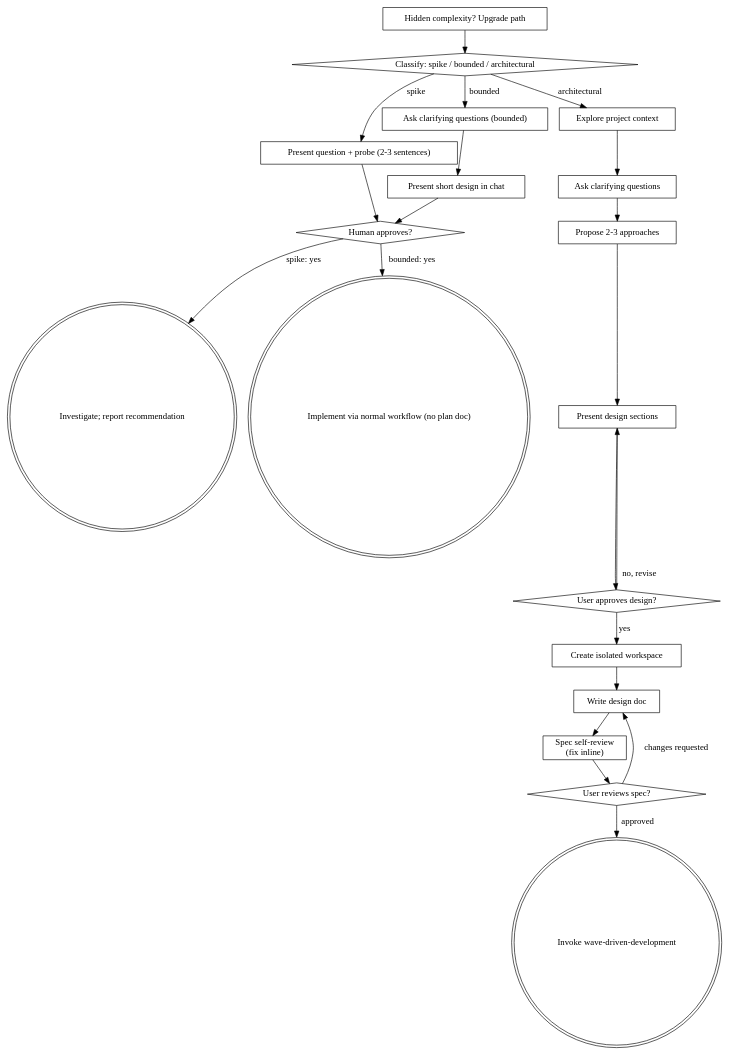
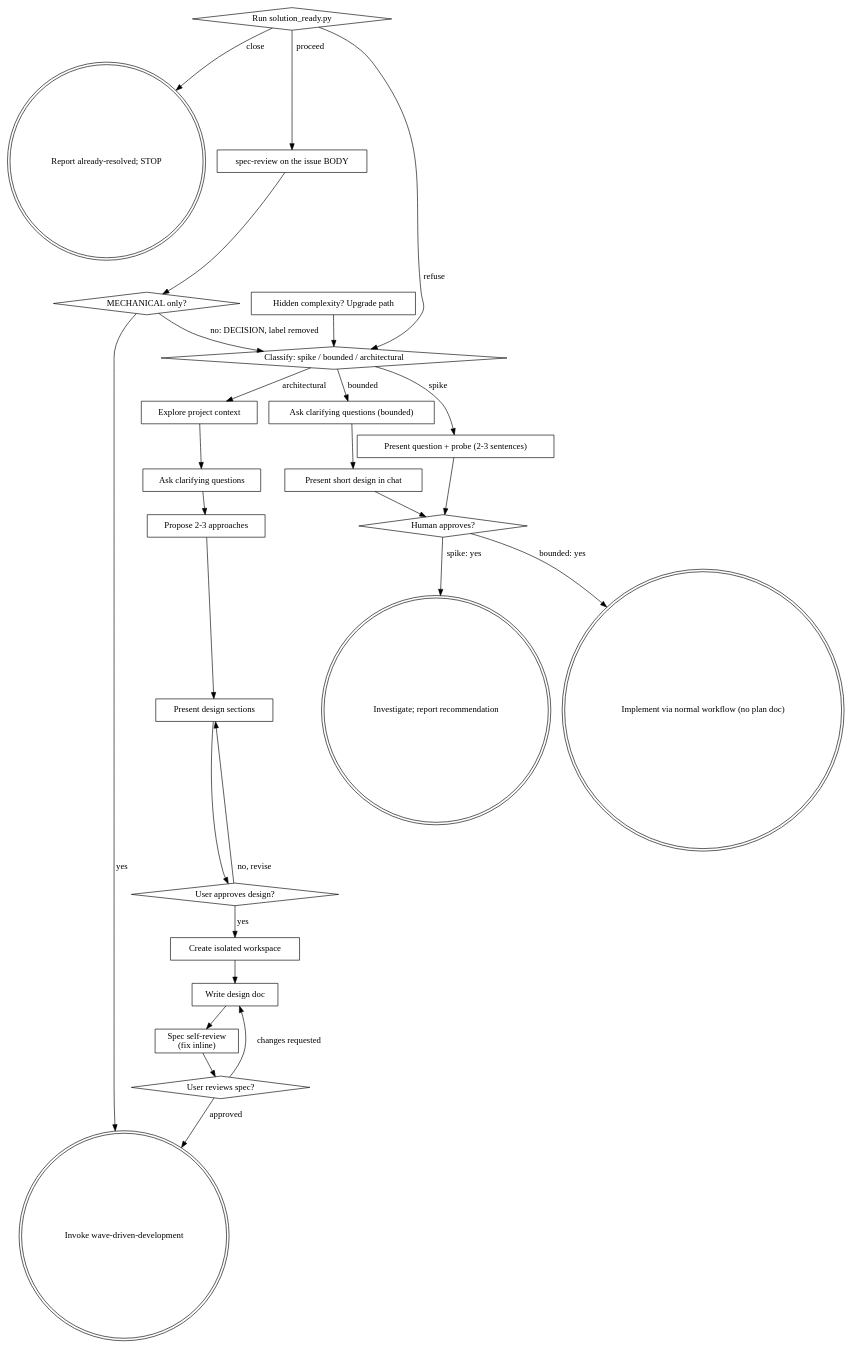
One commit to fendyjong/pitcall changed the diagram in skills/brainstorming/SKILL.md. Above: the diagram before and after it, drawn with Graphviz. The commit also changed other lines of this file and 2 other files, not shown here.

First line of the commit message:
feat: route brainstorming and spec-review through the solution-ready gate

````diff
--- a/skills/brainstorming/SKILL.md
+++ b/skills/brainstorming/SKILL.md
@@ -109,43 +136,53 @@
 ```dot
 digraph brainstorming {
+    "Run solution_ready.py" [shape=diamond];
+    "Report already-resolved; STOP" [shape=doublecircle];
+    "spec-review on the issue BODY" [shape=box];
+    "MECHANICAL only?" [shape=diamond];
     "Classify: spike / bounded / architectural" [shape=diamond];
     "Present question + probe (2-3 sentences)" [shape=box];
     "Ask clarifying questions (bounded)" [shape=box];
     "Present short design in chat" [shape=box];
     "Human approves?" [shape=diamond];
     "Investigate; report recommendation" [shape=doublecircle];
     "Implement via normal workflow (no plan doc)" [shape=doublecircle];
     "Explore project context" [shape=box];
     "Ask clarifying questions" [shape=box];
     "Propose 2-3 approaches" [shape=box];
     "Present design sections" [shape=box];
     "User approves design?" [shape=diamond];
     "Create isolated workspace" [shape=box];
     "Write design doc" [shape=box];
     "Spec self-review\n(fix inline)" [shape=box];
     "User reviews spec?" [shape=diamond];
     "Invoke wave-driven-development" [shape=doublecircle];
     "Hidden complexity? Upgrade path" [shape=box];
 
     "Classify: spike / bounded / architectural" -> "Present question + probe (2-3 sentences)" [label="spike"];
     "Classify: spike / bounded / architectural" -> "Ask clarifying questions (bounded)" [label="bounded"];
     "Classify: spike / bounded / architectural" -> "Explore project context" [label="architectural"];
     "Present question + probe (2-3 sentences)" -> "Human approves?";
     "Ask clarifying questions (bounded)" -> "Present short design in chat";
     "Present short design in chat" -> "Human approves?";
     "Human approves?" -> "Investigate; report recommendation" [label="spike: yes"];
     "Human approves?" -> "Implement via normal workflow (no plan doc)" [label="bounded: yes"];
     "Hidden complexity? Upgrade path" -> "Classify: spike / bounded / architectural";
     "Explore project context" -> "Ask clarifying questions";
     "Ask clarifying questions" -> "Propose 2-3 approaches";
     "Propose 2-3 approaches" -> "Present design sections";
     "Present design sections" -> "User approves design?";
     "User approves design?" -> "Present design sections" [label="no, revise"];
     "User approves design?" -> "Create isolated workspace" [label="yes"];
     "Create isolated workspace" -> "Write design doc";
     "Write design doc" -> "Spec self-review\n(fix inline)";
     "Spec self-review\n(fix inline)" -> "User reviews spec?";
     "User reviews spec?" -> "Write design doc" [label="changes requested"];
     "User reviews spec?" -> "Invoke wave-driven-development" [label="approved"];
+    "Run solution_ready.py" -> "Report already-resolved; STOP" [label="close"];
+    "Run solution_ready.py" -> "Classify: spike / bounded / architectural" [label="refuse"];
+    "Run solution_ready.py" -> "spec-review on the issue BODY" [label="proceed"];
+    "spec-review on the issue BODY" -> "MECHANICAL only?";
+    "MECHANICAL only?" -> "Invoke wave-driven-development" [label="yes"];
+    "MECHANICAL only?" -> "Classify: spike / bounded / architectural" [label="no: DECISION, label removed"];
 }
 ```
````
